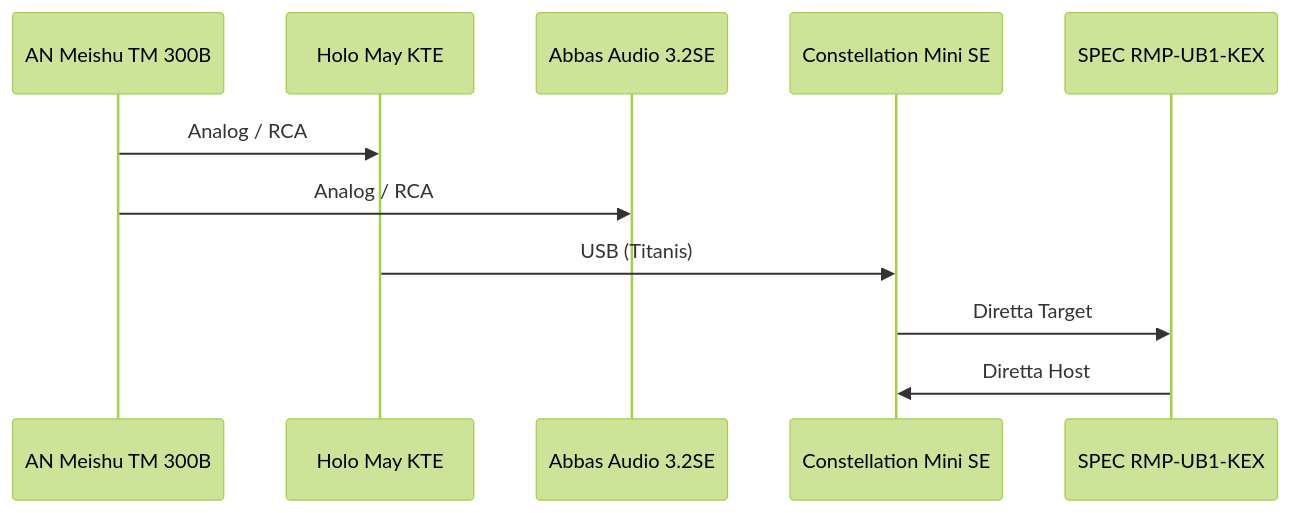
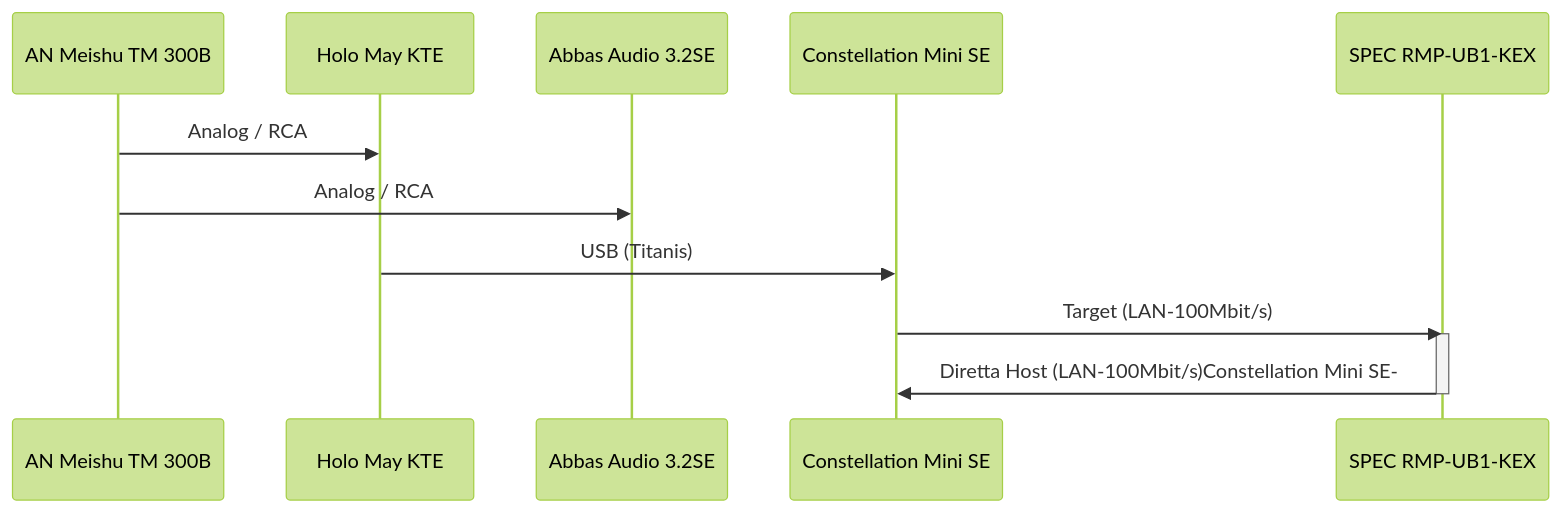
One commit to geraldfehringer/diretta changed the diagram in gerihifi-setup.md. Above: the diagram before and after it, drawn with Mermaid (forest theme).

````diff
--- a/gerihifi-setup.md
+++ b/gerihifi-setup.md
@@ -3,8 +3,10 @@
 ```mermaid
 sequenceDiagram
     AN Meishu TM 300B->>Holo May KTE: Analog / RCA
     AN Meishu TM 300B->>Abbas Audio 3.2SE: Analog / RCA
     Holo May KTE->>Constellation Mini SE: USB (Titanis)
-    Constellation Mini SE->>SPEC RMP-UB1-KEX: Diretta Target
-    SPEC RMP-UB1-KEX->>Constellation Mini SE: Diretta Host
+    Constellation Mini SE->>SPEC RMP-UB1-KEX: Target (LAN-100Mbit/s)
+    activate SPEC RMP-UB1-KEX
+    SPEC RMP-UB1-KEX->>Constellation Mini SE: Diretta Host (LAN-100Mbit/s)Constellation Mini SE-
+    deactivate SPEC RMP-UB1-KEX
 ```
````
